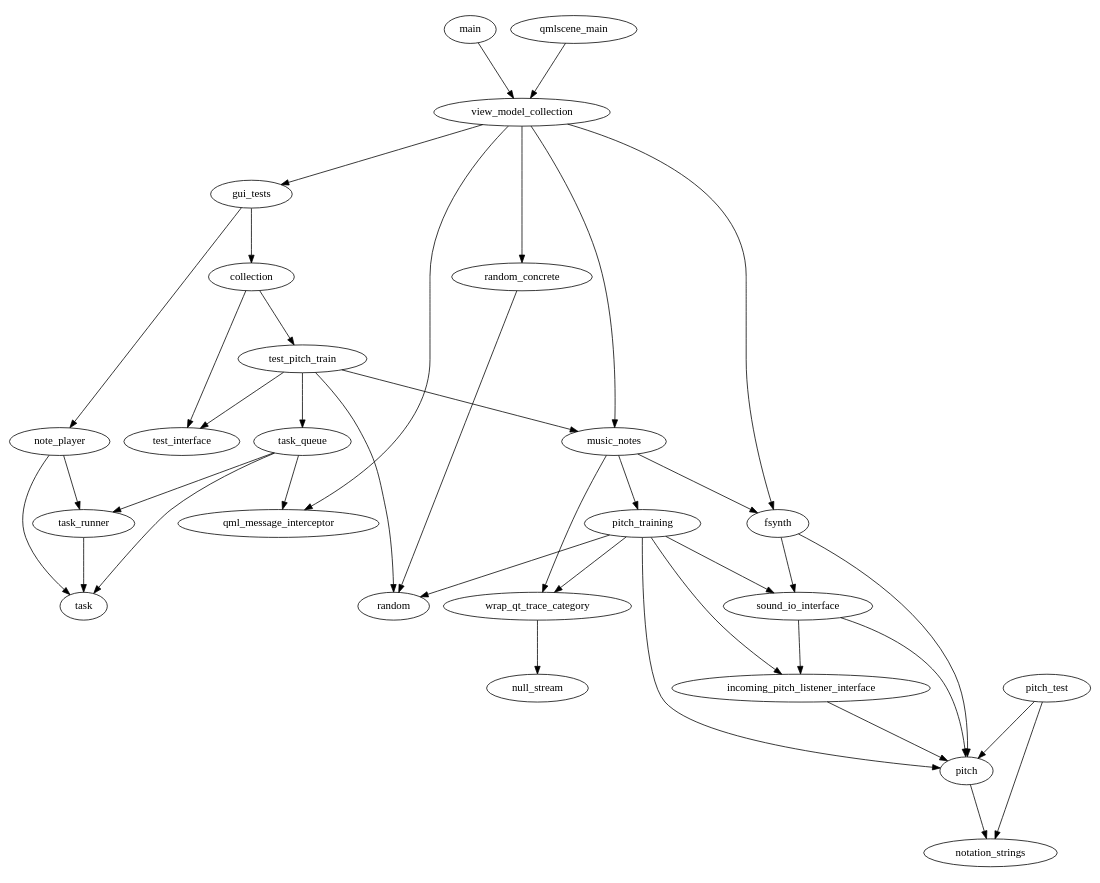
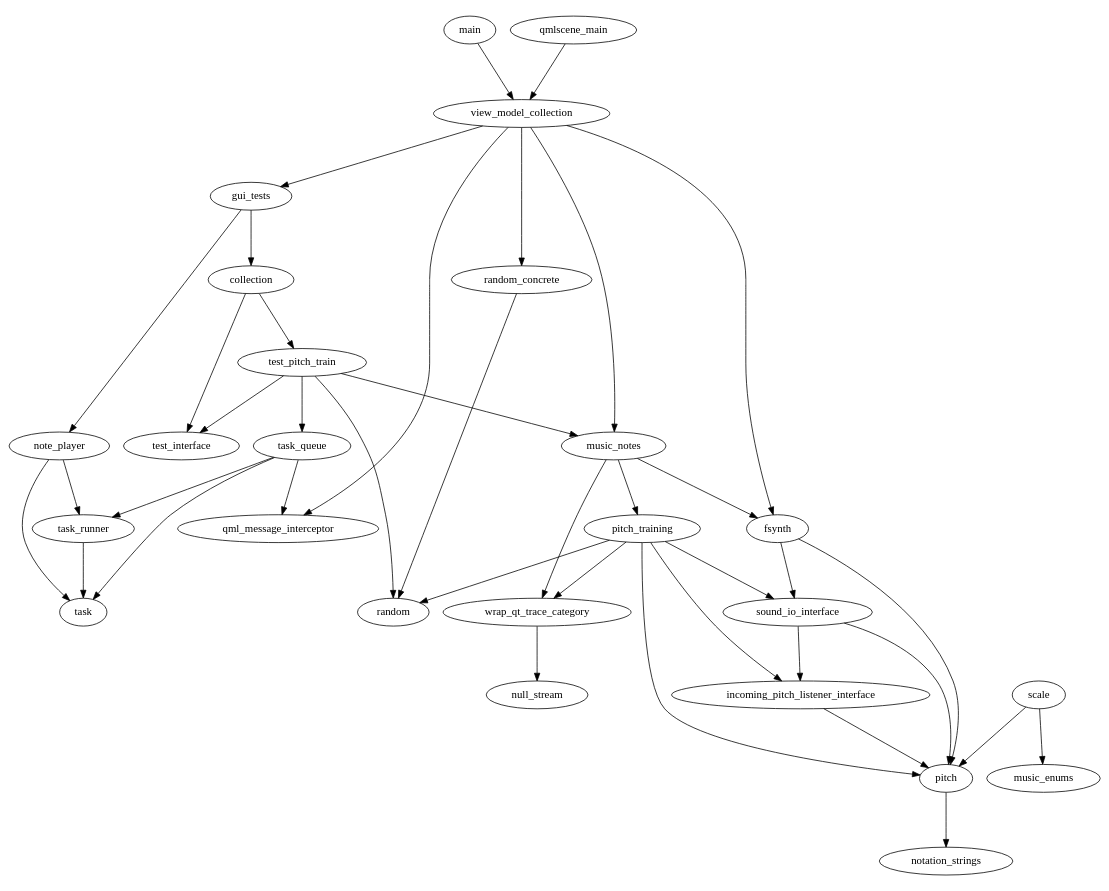
The diagram in sw_arch_doc/all_src.dot (pestophagous/heory), drawn with Graphviz before and after one commit. The commit also changed 11 other files, not shown here.

```diff
--- a/sw_arch_doc/all_src.dot
+++ b/sw_arch_doc/all_src.dot
@@ -1,46 +1,46 @@
 digraph "source tree" {
     overlap=scale;
     ratio=0.8;
     fontsize="16";
     fontname="Helvetica";
     clusterrank="local";
 	"collection" -> "test_interface"
 	"collection" -> "test_pitch_train"
 	"fsynth" -> "pitch"
 	"fsynth" -> "sound_io_interface"
 	"gui_tests" -> "collection"
 	"gui_tests" -> "note_player"
 	"incoming_pitch_listener_interface" -> "pitch"
 	"main" -> "view_model_collection"
 	"music_notes" -> "fsynth"
 	"music_notes" -> "pitch_training"
 	"music_notes" -> "wrap_qt_trace_category"
 	"note_player" -> "task"
 	"note_player" -> "task_runner"
 	"pitch" -> "notation_strings"
-	"pitch_test" -> "notation_strings"
-	"pitch_test" -> "pitch"
 	"pitch_training" -> "incoming_pitch_listener_interface"
 	"pitch_training" -> "pitch"
 	"pitch_training" -> "random"
 	"pitch_training" -> "sound_io_interface"
 	"pitch_training" -> "wrap_qt_trace_category"
 	"qmlscene_main" -> "view_model_collection"
 	"random_concrete" -> "random"
+	"scale" -> "music_enums"
+	"scale" -> "pitch"
 	"sound_io_interface" -> "incoming_pitch_listener_interface"
 	"sound_io_interface" -> "pitch"
 	"task_queue" -> "qml_message_interceptor"
 	"task_queue" -> "task"
 	"task_queue" -> "task_runner"
 	"task_runner" -> "task"
 	"test_pitch_train" -> "music_notes"
 	"test_pitch_train" -> "random"
 	"test_pitch_train" -> "task_queue"
 	"test_pitch_train" -> "test_interface"
 	"view_model_collection" -> "fsynth"
 	"view_model_collection" -> "gui_tests"
 	"view_model_collection" -> "music_notes"
 	"view_model_collection" -> "qml_message_interceptor"
 	"view_model_collection" -> "random_concrete"
 	"wrap_qt_trace_category" -> "null_stream"
 }
```
